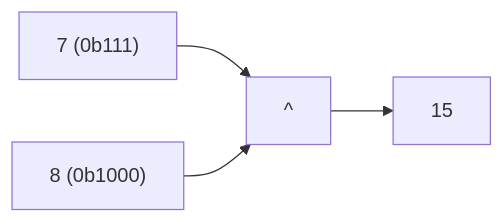
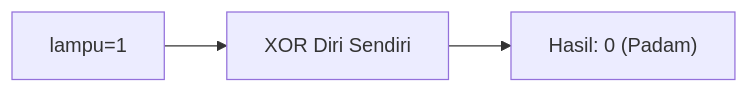
Before and after one commit to amnahwaida/OSNK_INF_PREP: the eighth of 25 diagrams in part-c-pemahaman-cpp/06-bitwise/latihan/set-03.md, drawn with Mermaid. The commit also changed other lines of this file and 71 other files, not shown here.

````diff
--- a/part-c-pemahaman-cpp/06-bitwise/latihan/set-03.md
+++ b/part-c-pemahaman-cpp/06-bitwise/latihan/set-03.md
@@ -206,6 +211,5 @@
 ```mermaid
 graph LR
-A["7 (0b111)"] --> C["^"]
-B["8 (0b1000)"] --> C
-C --> D["15"]
+A["lampu=1"] --> B["XOR Diri Sendiri"]
+B --> C["Hasil: 0 (Padam)"]
 ```
````
